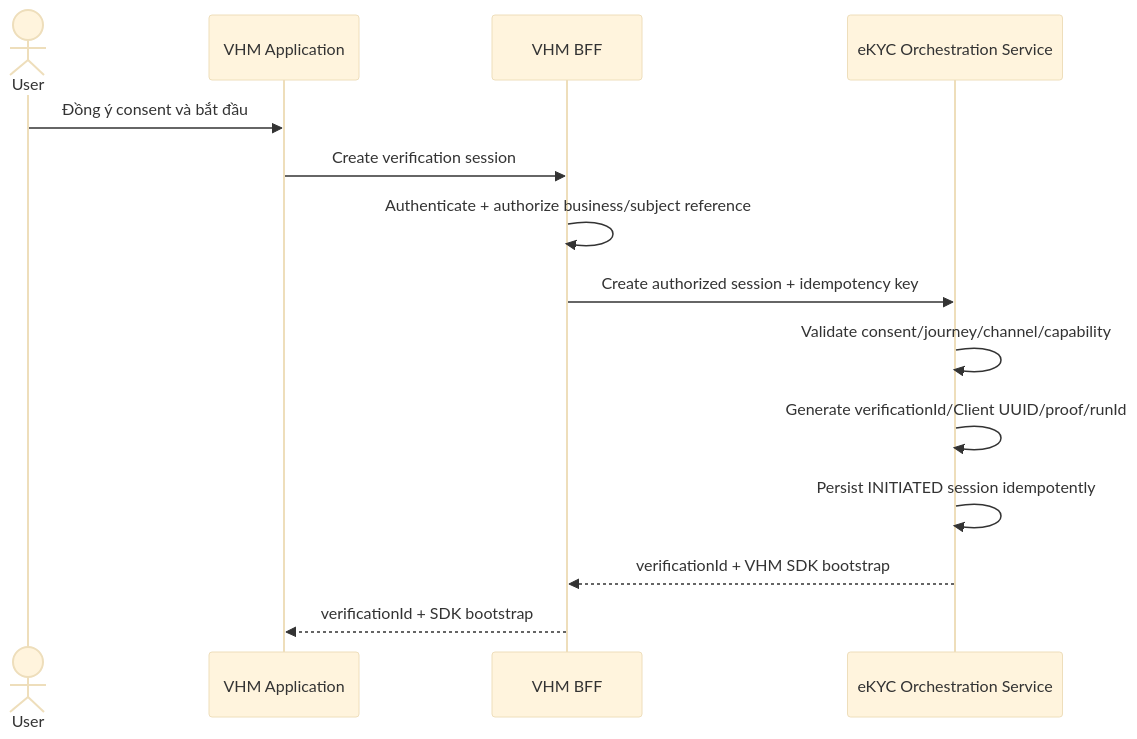
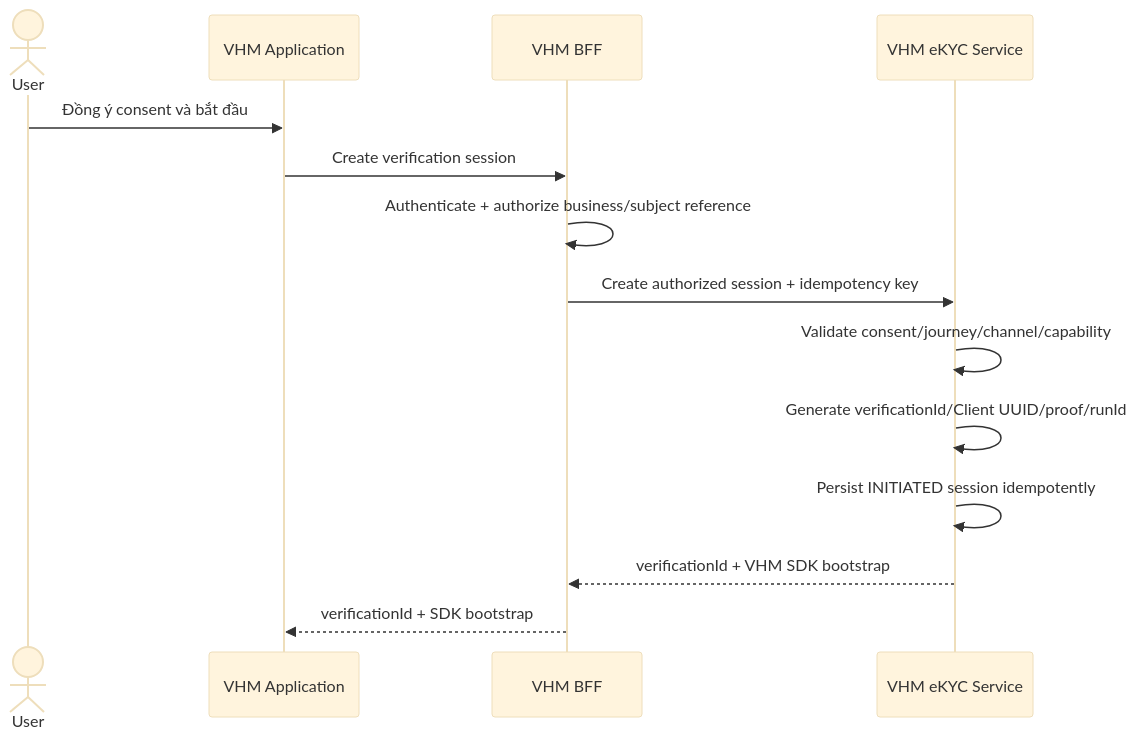
The ninth of 16 diagrams in README.md (huynv-xyz/vhm), drawn with Mermaid (base theme) before and after one commit. The commit also changed other lines of this file, not shown here.

````diff
--- a/README.md
+++ b/README.md
@@ -1054,16 +1048,16 @@
 ```mermaid
 sequenceDiagram
     actor User
     participant APP as VHM Application
     participant BFF as VHM BFF
-    participant Orchestrator as eKYC Orchestration Service
+    participant EKYC_SERVICE as VHM eKYC Service
     User->>APP: Đồng ý consent và bắt đầu
     APP->>BFF: Create verification session
     BFF->>BFF: Authenticate + authorize business/subject reference
-    BFF->>Orchestrator: Create authorized session + idempotency key
-    Orchestrator->>Orchestrator: Validate consent/journey/channel/capability
-    Orchestrator->>Orchestrator: Generate verificationId/Client UUID/proof/runId
-    Orchestrator->>Orchestrator: Persist INITIATED session idempotently
-    Orchestrator-->>BFF: verificationId + VHM SDK bootstrap
+    BFF->>EKYC_SERVICE: Create authorized session + idempotency key
+    EKYC_SERVICE->>EKYC_SERVICE: Validate consent/journey/channel/capability
+    EKYC_SERVICE->>EKYC_SERVICE: Generate verificationId/Client UUID/proof/runId
+    EKYC_SERVICE->>EKYC_SERVICE: Persist INITIATED session idempotently
+    EKYC_SERVICE-->>BFF: verificationId + VHM SDK bootstrap
     BFF-->>APP: verificationId + SDK bootstrap
 ```
````
